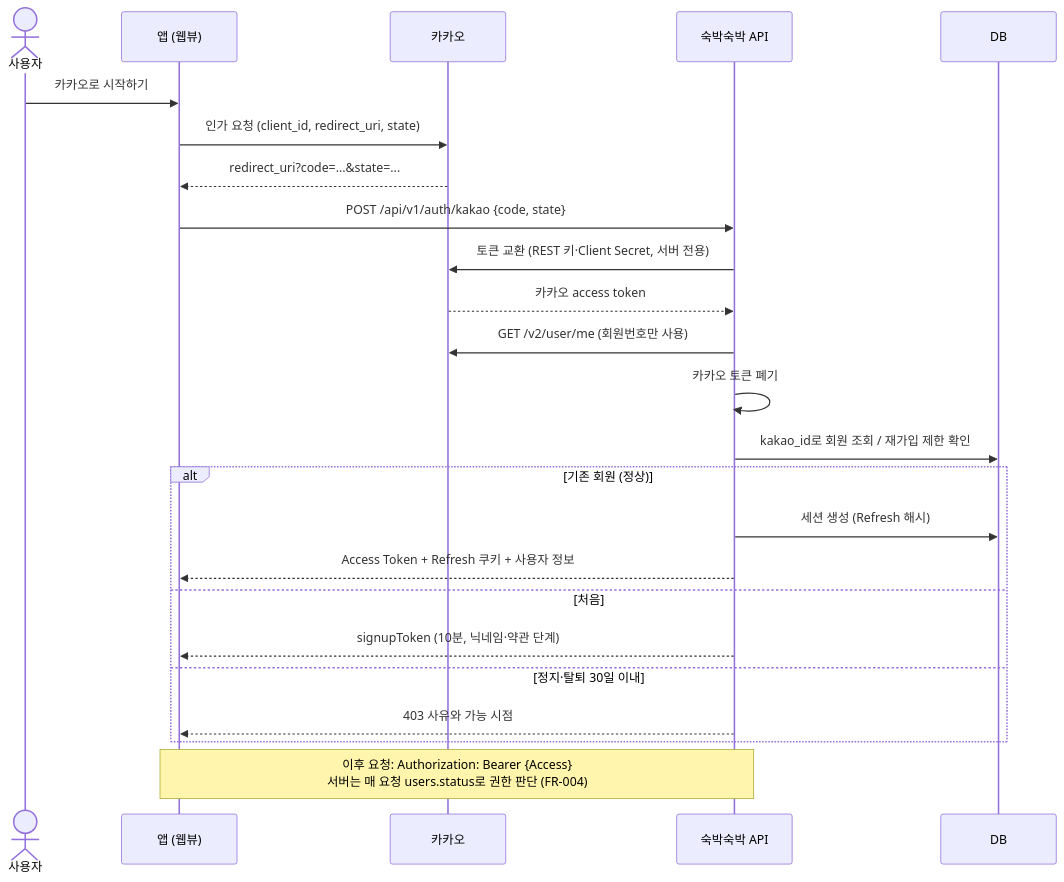
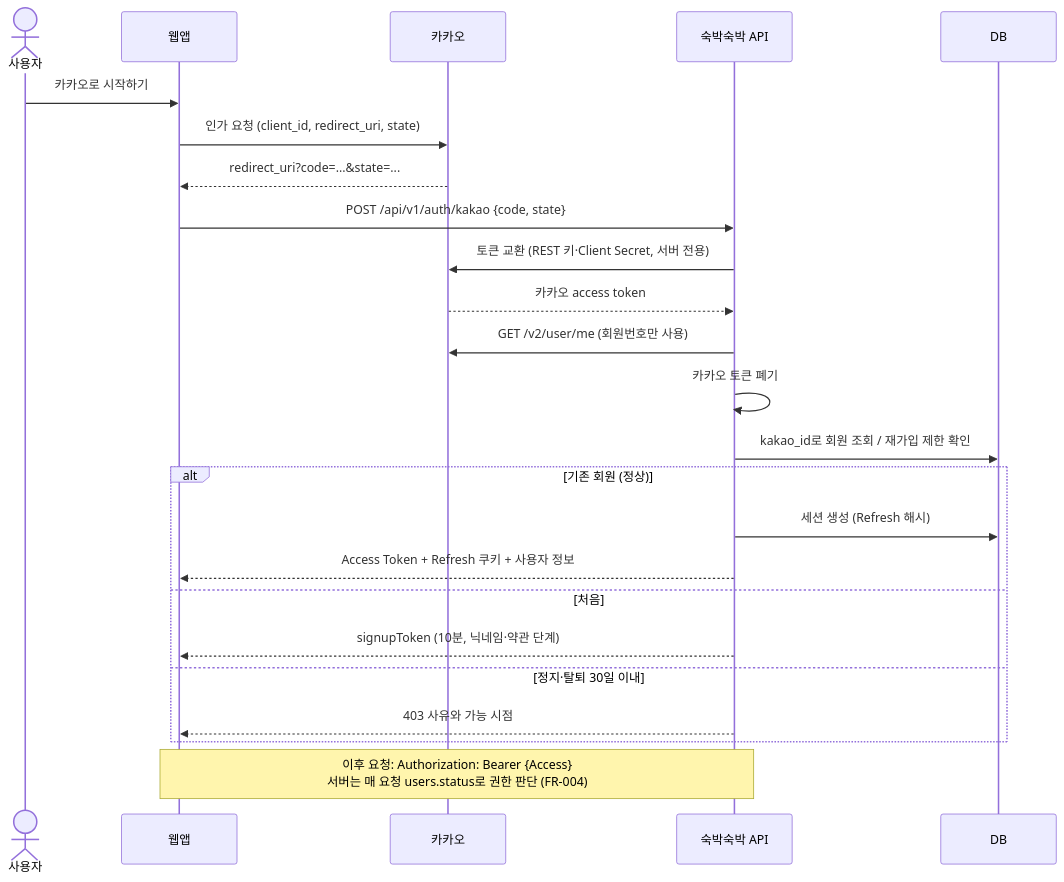
One commit to yuna14742/sookbak-sookbak changed the sixth of 6 diagrams in waterfall/02-시스템설계/시스템아키텍처설계서-SAD.md. Above: the diagram before and after it, drawn with Mermaid. The commit also changed other lines of this file and 2 other files, not shown here.

````diff
--- a/waterfall/02-시스템설계/시스템아키텍처설계서-SAD.md
+++ b/waterfall/02-시스템설계/시스템아키텍처설계서-SAD.md
@@ -783,27 +774,27 @@
 ```mermaid
 sequenceDiagram
     actor U as 사용자
-    participant A as 앱 (웹뷰)
+    participant A as 웹앱
     participant K as 카카오
     participant S as 숙박숙박 API
     participant D as DB
 
     U->>A: 카카오로 시작하기
     A->>K: 인가 요청 (client_id, redirect_uri, state)
     K-->>A: redirect_uri?code=...&state=...
     A->>S: POST /api/v1/auth/kakao {code, state}
     S->>K: 토큰 교환 (REST 키·Client Secret, 서버 전용)
     K-->>S: 카카오 access token
     S->>K: GET /v2/user/me (회원번호만 사용)
     S->>S: 카카오 토큰 폐기
     S->>D: kakao_id로 회원 조회 / 재가입 제한 확인
     alt 기존 회원 (정상)
         S->>D: 세션 생성 (Refresh 해시)
         S-->>A: Access Token + Refresh 쿠키 + 사용자 정보
     else 처음
         S-->>A: signupToken (10분, 닉네임·약관 단계)
     else 정지·탈퇴 30일 이내
         S-->>A: 403 사유와 가능 시점
     end
     Note over A,S: 이후 요청: Authorization: Bearer {Access}<br/>서버는 매 요청 users.status로 권한 판단 (FR-004)
 ```
````
